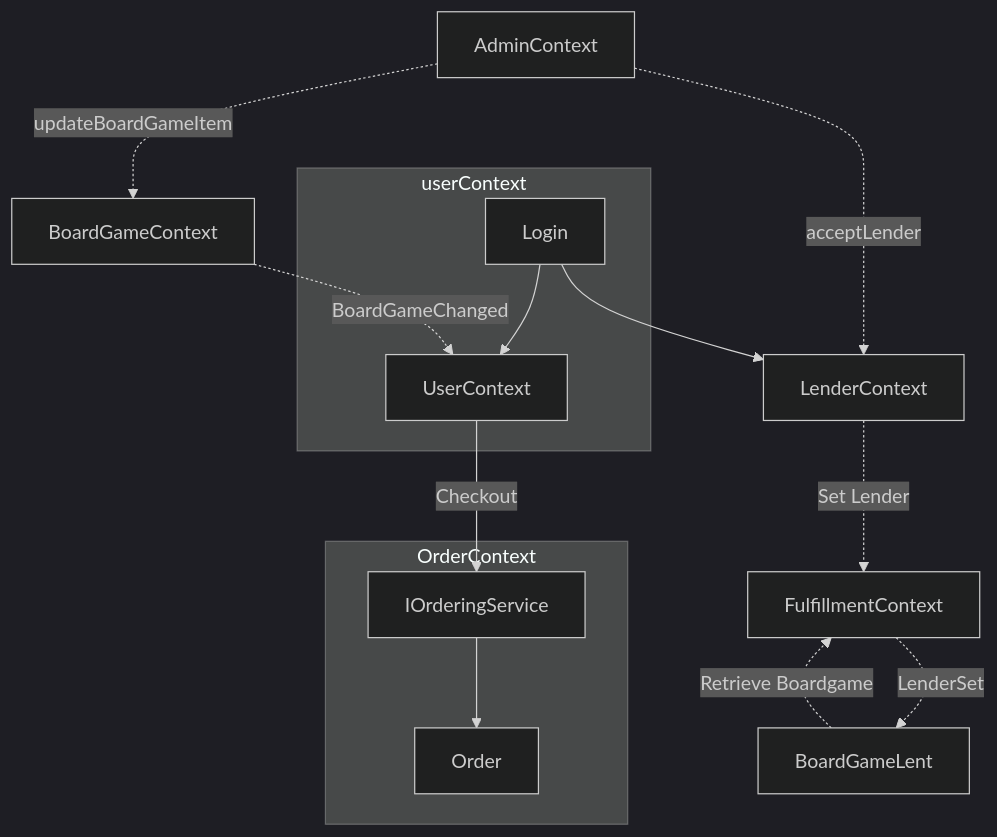
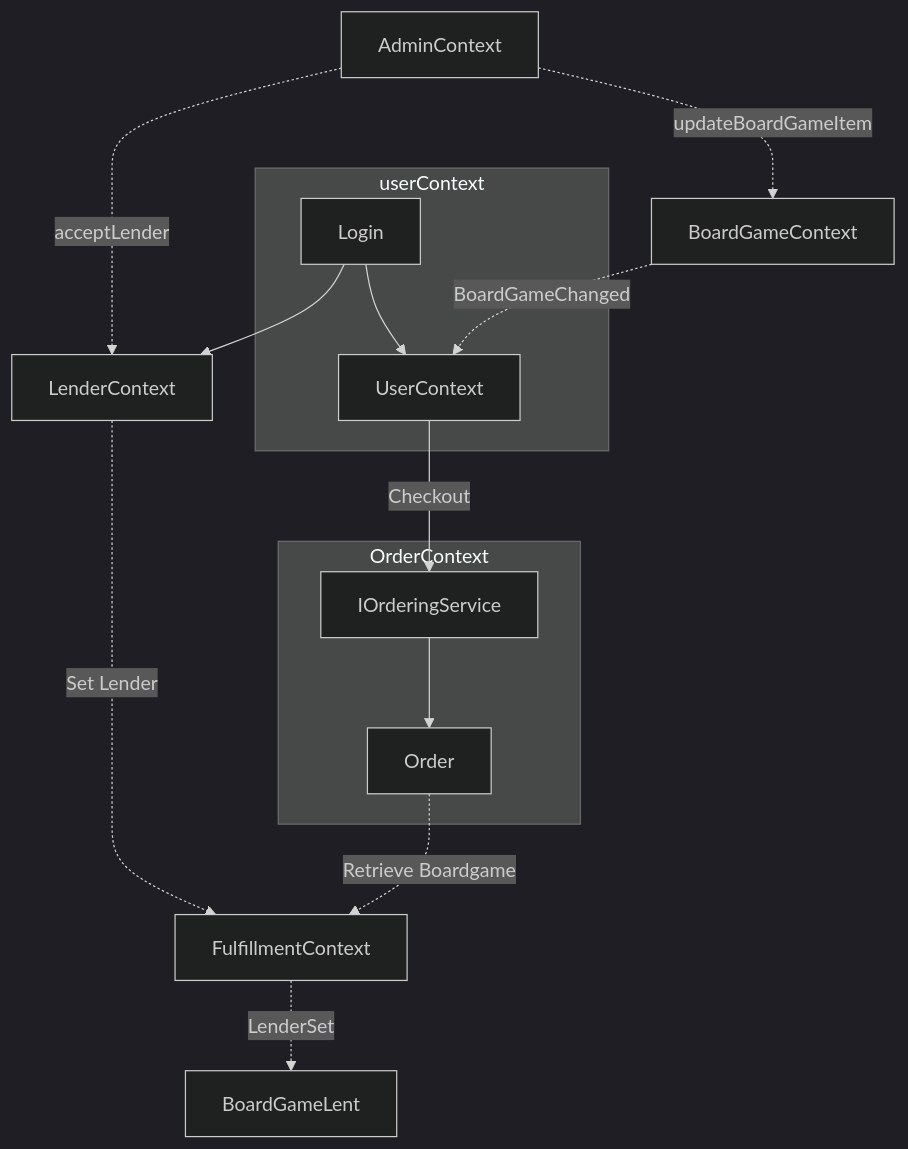
One commit to Mancorl/Datbac-Prosjekt changed the diagram in Utlån_Konvensjonell/Utlånssystem_Konvensjonell/Design.md. Above: the diagram before and after it, drawn with Mermaid (dark theme).

Commit message:
FLowchart ferdig?

````diff
--- a/Utlån_Konvensjonell/Utlånssystem_Konvensjonell/Design.md
+++ b/Utlån_Konvensjonell/Utlånssystem_Konvensjonell/Design.md
@@ -3,26 +3,27 @@
 ```mermaid
 flowchart TB
  subgraph OrderContext["OrderContext"]
         Order["Order"]
         IOrderingService["IOrderingService"]
   end
   subgraph userContext
     login[Login] 
     login --> user[UserContext] 
   end
     
     login --> Lender[LenderContext]  
 
     admin[AdminContext] -. updateBoardGameItem .-> BoardGameContext
     admin -. acceptLender .-> Lender
 
     BoardGameContext["BoardGameContext"] -. BoardGameChanged .-> user
     user -- Checkout --> IOrderingService
     IOrderingService --> Order
 
     Lender -. Set Lender .-> FulfillmentContext
 
     FulfillmentContext -. LenderSet .-> BoardGameLent
-    BoardGameLent -. Retrieve Boardgame .-> FulfillmentContext
+    Order -. Retrieve Boardgame .-> FulfillmentContext
+    
 
 ```
````
